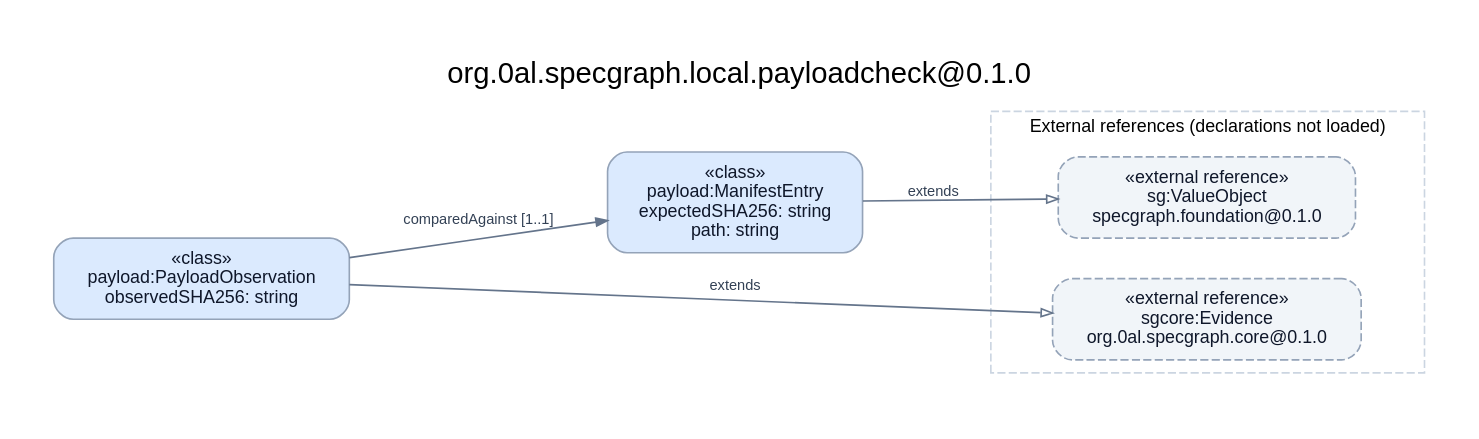
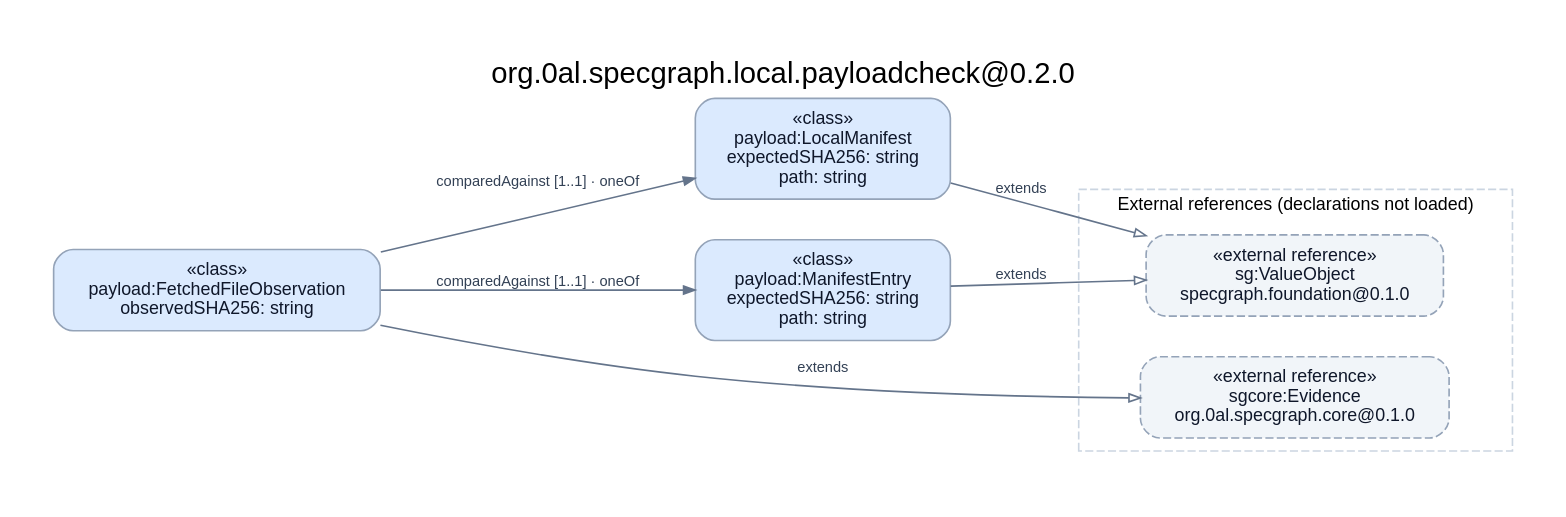
The diagram in specs/models/SG-SPEC-0071/ontology.dot (0al-spec/SpecGraph), drawn with Graphviz before and after one commit. The commit also changed 10 other files, not shown here.

First line of the commit message:
Replay PB-MANIFEST with a distinct local digest source

```diff
--- a/specs/models/SG-SPEC-0071/ontology.dot
+++ b/specs/models/SG-SPEC-0071/ontology.dot
@@ -1,18 +1,21 @@
 digraph ontology {
   graph [rankdir=LR, bgcolor="#ffffff", pad=0.35, nodesep=0.35, ranksep=0.7,
-    fontname="Helvetica", fontsize=18, labelloc=t, label="org.0al.specgraph.local.payloadcheck@0.1.0"];
+    fontname="Helvetica", fontsize=18, labelloc=t, label="org.0al.specgraph.local.payloadcheck@0.2.0"];
   node [shape=box, style="rounded,filled", fontname="Helvetica", fontsize=11,
     color="#94a3b8", fontcolor="#0f172a", fillcolor="#eff6ff", margin="0.16,0.1"];
   edge [fontname="Helvetica", fontsize=9, color="#64748b", fontcolor="#334155", arrowsize=0.7];
+  "classes/payload:FetchedFileObservation" [label="«class»\npayload:FetchedFileObservation\nobservedSHA256: string", fillcolor="#dbeafe"];
+  "classes/payload:LocalManifest" [label="«class»\npayload:LocalManifest\nexpectedSHA256: string\npath: string", fillcolor="#dbeafe"];
   "classes/payload:ManifestEntry" [label="«class»\npayload:ManifestEntry\nexpectedSHA256: string\npath: string", fillcolor="#dbeafe"];
-  "classes/payload:PayloadObservation" [label="«class»\npayload:PayloadObservation\nobservedSHA256: string", fillcolor="#dbeafe"];
+  "classes/payload:FetchedFileObservation" -> "classes/payload:LocalManifest" [label="comparedAgainst [1..1] · oneOf", style=solid, arrowhead=normal];
+  "classes/payload:FetchedFileObservation" -> "classes/payload:ManifestEntry" [label="comparedAgainst [1..1] · oneOf", style=solid, arrowhead=normal];
+  "classes/payload:FetchedFileObservation" -> "external/classes/sgcore:Evidence" [label="extends", style=solid, arrowhead=empty];
+  "classes/payload:LocalManifest" -> "external/classes/sg:ValueObject" [label="extends", style=solid, arrowhead=empty];
   "classes/payload:ManifestEntry" -> "external/classes/sg:ValueObject" [label="extends", style=solid, arrowhead=empty];
-  "classes/payload:PayloadObservation" -> "classes/payload:ManifestEntry" [label="comparedAgainst [1..1]", style=solid, arrowhead=normal];
-  "classes/payload:PayloadObservation" -> "external/classes/sgcore:Evidence" [label="extends", style=solid, arrowhead=empty];
   subgraph cluster_external {
     label="External references (declarations not loaded)";
     fontsize=11; color="#cbd5e1"; style=dashed;
   "external/classes/sg:ValueObject" [label="«external reference»\nsg:ValueObject\nspecgraph.foundation@0.1.0", fillcolor="#f1f5f9", style="rounded,dashed,filled"];
   "external/classes/sgcore:Evidence" [label="«external reference»\nsgcore:Evidence\norg.0al.specgraph.core@0.1.0", fillcolor="#f1f5f9", style="rounded,dashed,filled"];
   }
 }
```
